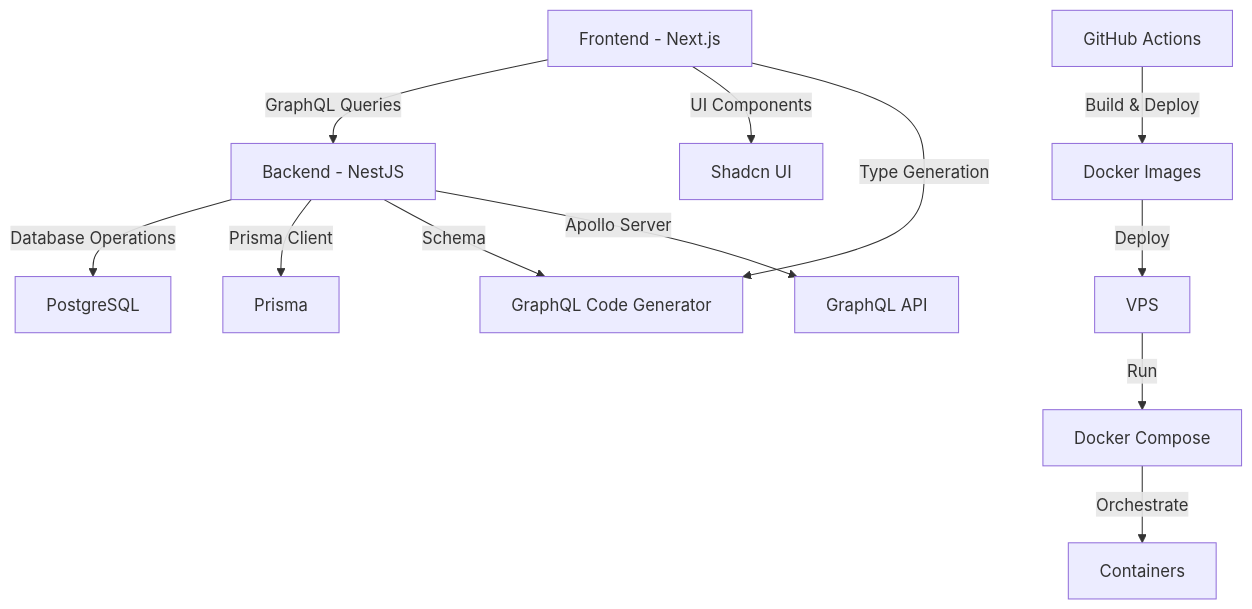
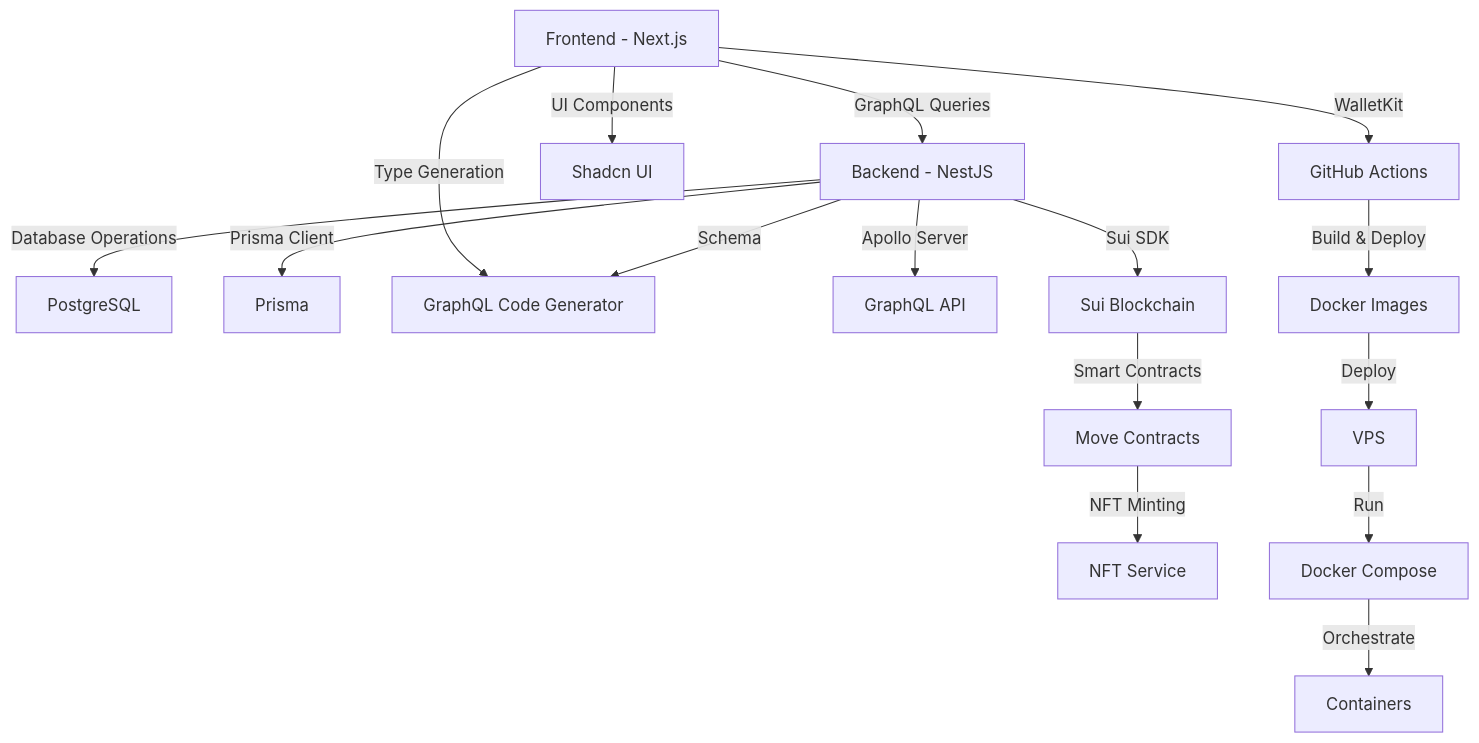
The diagram in memory-bank/systemPatterns.md (UyLeQuoc/SkillSwap), drawn with Mermaid before and after one commit. The commit also changed other lines of this file and 9 other files, not shown here.

Commit message:
Add initial Move smart contracts and configuration for SkillSwap

````diff
--- a/memory-bank/systemPatterns.md
+++ b/memory-bank/systemPatterns.md
@@ -72,14 +97,18 @@
 ```mermaid
 graph TD
     A[Frontend - Next.js] -->|GraphQL Queries| B[Backend - NestJS]
     B -->|Database Operations| C[PostgreSQL]
     B -->|Prisma Client| D[Prisma]
     A -->|UI Components| E[Shadcn UI]
     A -->|Type Generation| F[GraphQL Code Generator]
     B -->|Schema| F
     B -->|Apollo Server| G[GraphQL API]
-    H[GitHub Actions] -->|Build & Deploy| I[Docker Images]
-    I -->|Deploy| J[VPS]
-    J -->|Run| K[Docker Compose]
-    K -->|Orchestrate| L[Containers]
+    A -->|WalletKit| H[Sui Wallet]
+    B -->|Sui SDK| I[Sui Blockchain]
+    I -->|Smart Contracts| J[Move Contracts]
+    J -->|NFT Minting| K[NFT Service]
+    H[GitHub Actions] -->|Build & Deploy| L[Docker Images]
+    L -->|Deploy| M[VPS]
+    M -->|Run| N[Docker Compose]
+    N -->|Orchestrate| O[Containers]
 ```
````
